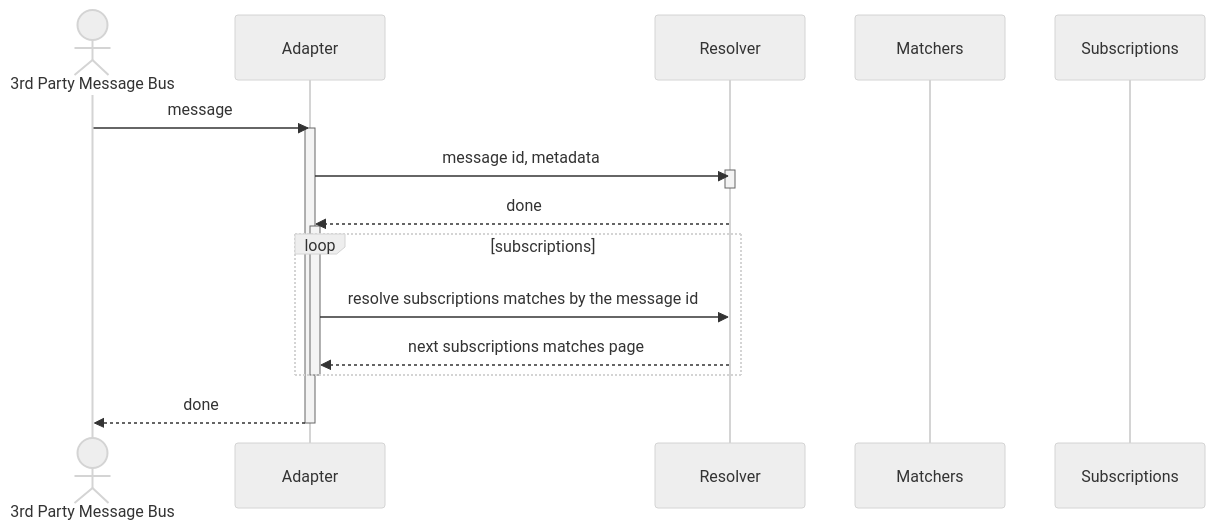
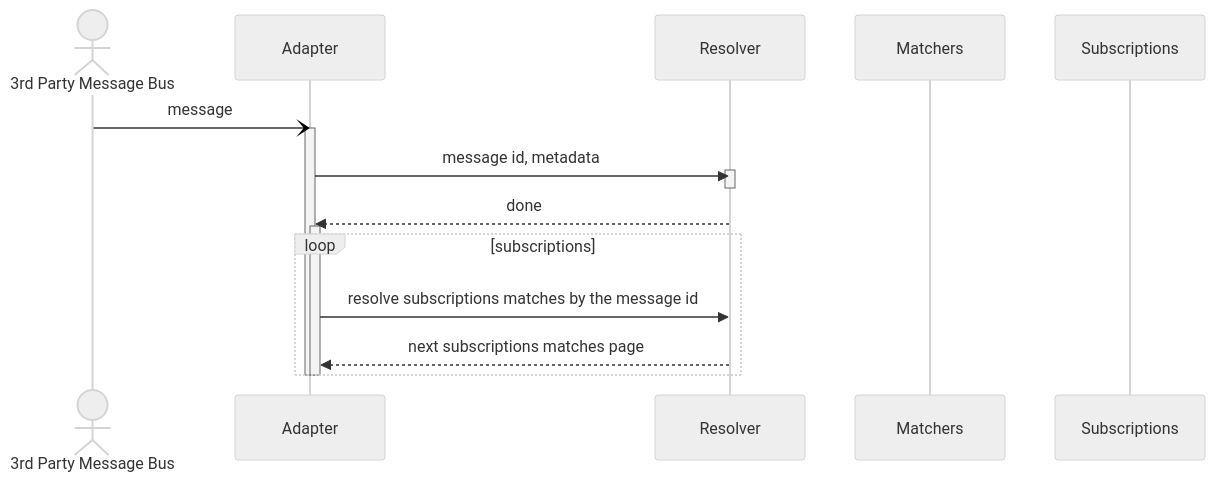
Before and after one commit to awakari/.github: the diagram in profile/README.md, drawn with Mermaid.

````diff
--- a/profile/README.md
+++ b/profile/README.md
@@ -13,23 +13,24 @@
 ```mermaid
 %%{init: {'theme': 'neutral' } }%%
 sequenceDiagram
+
     actor 3rd Party Message Bus
     participant Adapter
     participant Resolver
     participant Matchers
     participant Subscriptions
-    3rd Party Message Bus->>Adapter: message
+
+    3rd Party Message Bus-)Adapter: message
     activate Adapter
     Adapter->>Resolver: message id, metadata
     activate Resolver
     deactivate Resolver
     Resolver-->>Adapter: done
     activate Adapter
     loop subscriptions
         Adapter->>Resolver: resolve subscriptions matches by the message id
         Resolver-->>Adapter: next subscriptions matches page
     end
     deactivate Adapter
-    Adapter-->>3rd Party Message Bus: done
     deactivate Adapter
 ```
````
